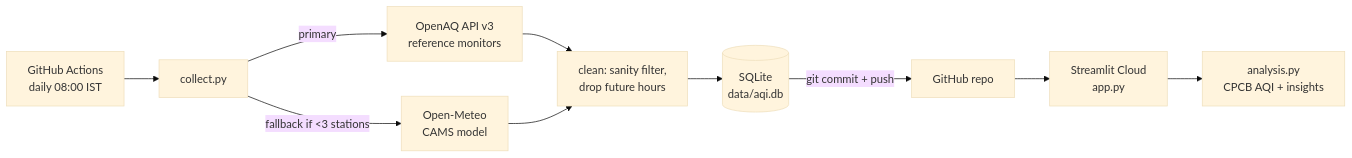
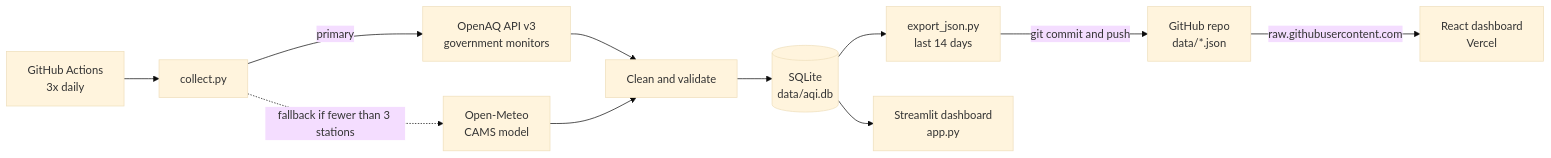
The diagram in README.md (Divyanshukumar2005/delhi-aqi-pipeline), drawn with Mermaid (base theme) before and after one commit. The commit also changed other lines of this file, not shown here.

````diff
--- a/README.md
+++ b/README.md
@@ -140,12 +43,13 @@
 ```mermaid
 flowchart LR
-    A[GitHub Actions<br/>daily 08:00 IST] --> B[collect.py]
-    B -->|primary| C[OpenAQ API v3<br/>reference monitors]
-    B -->|fallback if &lt;3 stations| D[Open-Meteo<br/>CAMS model]
-    C --> E[clean: sanity filter,<br/>drop future hours]
+    A["GitHub Actions<br/>3x daily"] --> B["collect.py"]
+    B -->|primary| C["OpenAQ API v3<br/>government monitors"]
+    B -.->|fallback if fewer than 3 stations| D["Open-Meteo<br/>CAMS model"]
+    C --> E["Clean and validate"]
     D --> E
-    E --> F[(SQLite<br/>data/aqi.db)]
-    F -->|git commit + push| G[GitHub repo]
-    G --> H[Streamlit Cloud<br/>app.py]
-    H --> I[analysis.py<br/>CPCB AQI + insights]
+    E --> F[("SQLite<br/>data/aqi.db")]
+    F --> G["export_json.py<br/>last 14 days"]
+    G -->|git commit and push| H["GitHub repo<br/>data/*.json"]
+    H -->|raw.githubusercontent.com| I["React dashboard<br/>Vercel"]
+    F --> J["Streamlit dashboard<br/>app.py"]
 ```
````
